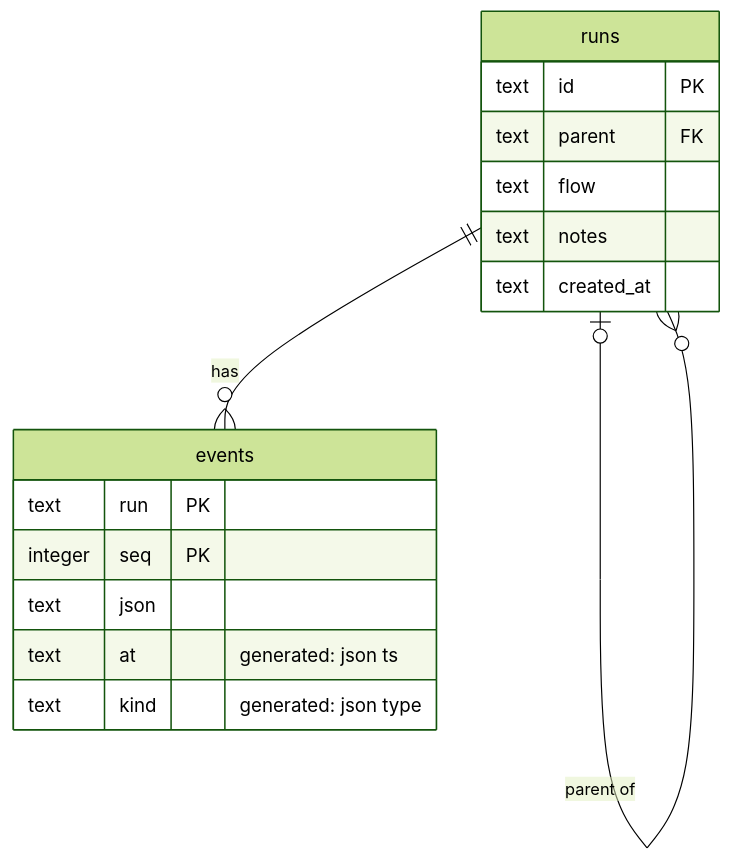
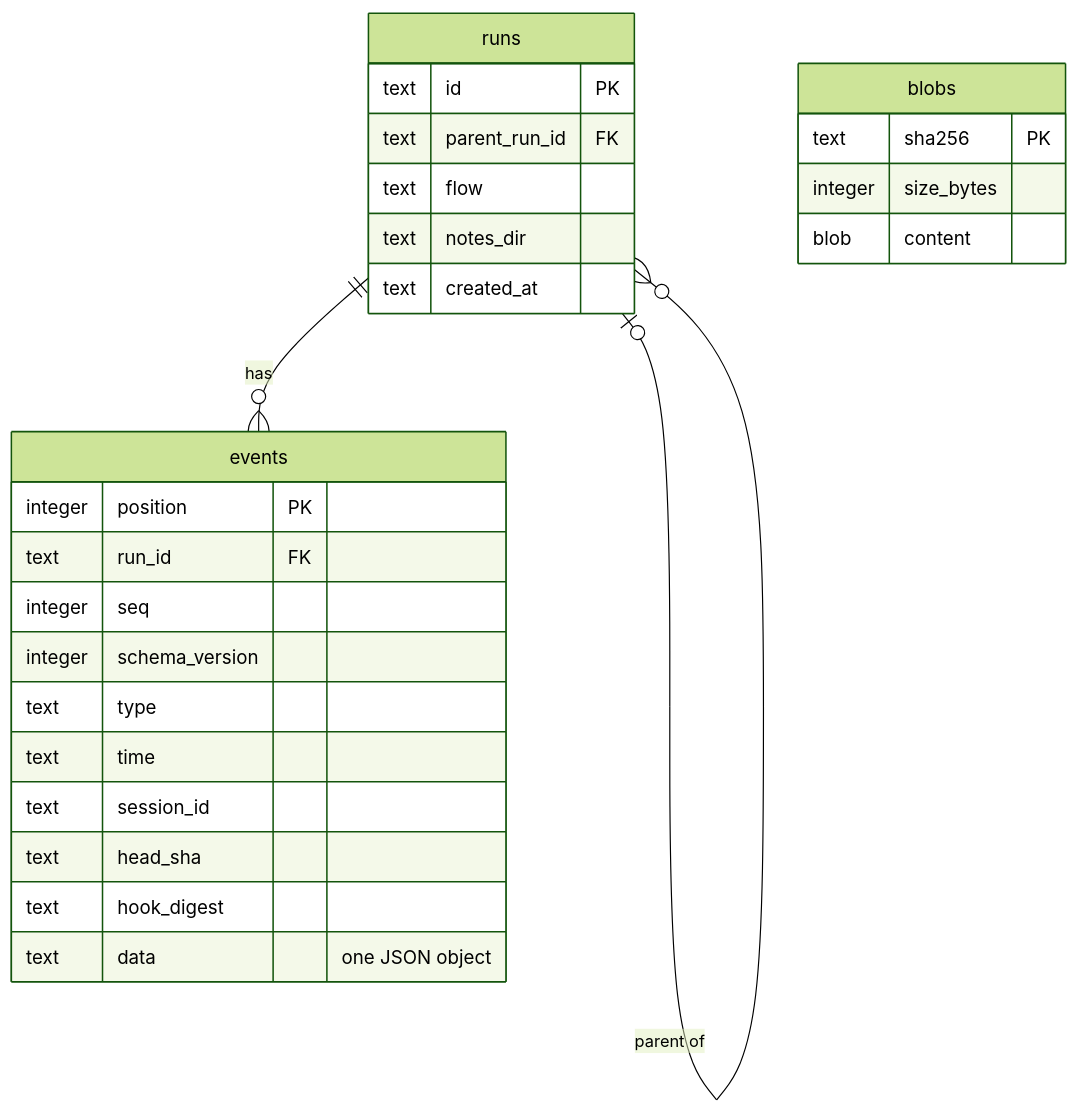
The second of 3 diagrams in docs/harness/RUN-LOOP.md (ILIYANGERMANOV/nixos), drawn with Mermaid (forest theme) before and after one commit. The commit also changed other lines of this file and 218 other files, not shown here.

````diff
--- a/docs/harness/RUN-LOOP.md
+++ b/docs/harness/RUN-LOOP.md
@@ -93,19 +103,29 @@
 ```mermaid
 erDiagram
   runs ||--o{ events : "has"
   runs |o--o{ runs : "parent of"
   runs {
     text id PK
-    text parent FK
+    text parent_run_id FK
     text flow
-    text notes
+    text notes_dir
     text created_at
   }
   events {
-    text run PK
-    integer seq PK
-    text json
-    text at "generated: json ts"
-    text kind "generated: json type"
+    integer position PK
+    text run_id FK
+    integer seq
+    integer schema_version
+    text type
+    text time
+    text session_id
+    text head_sha
+    text hook_digest
+    text data "one JSON object"
+  }
+  blobs {
+    text sha256 PK
+    integer size_bytes
+    blob content
   }
 ```
````
